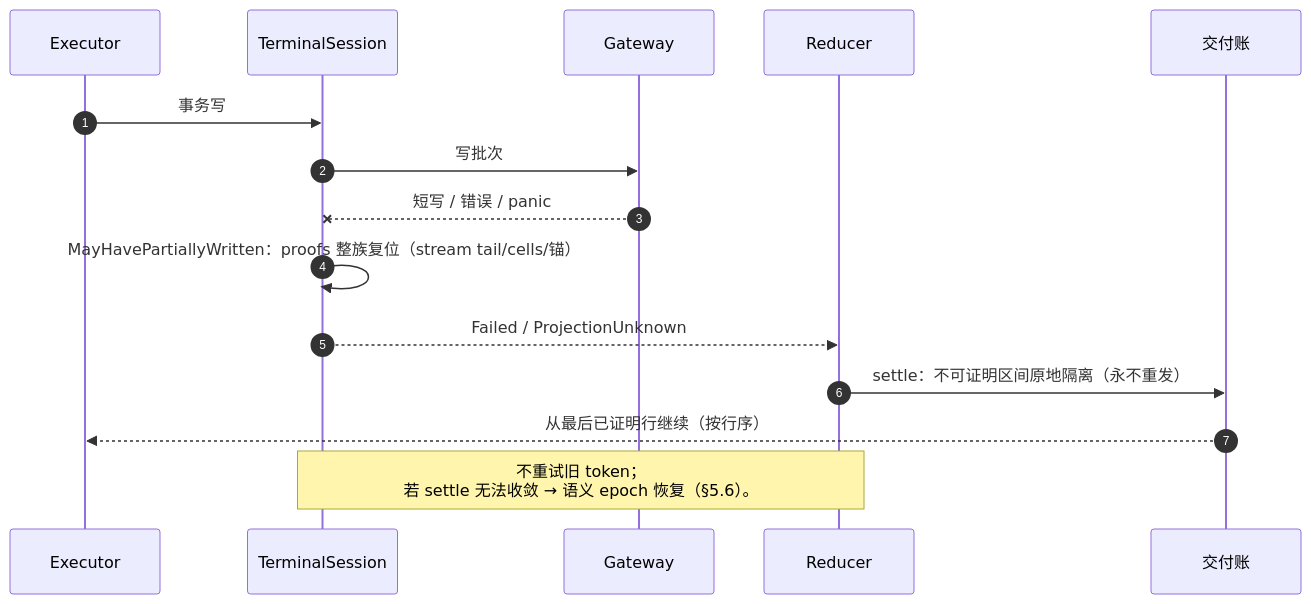
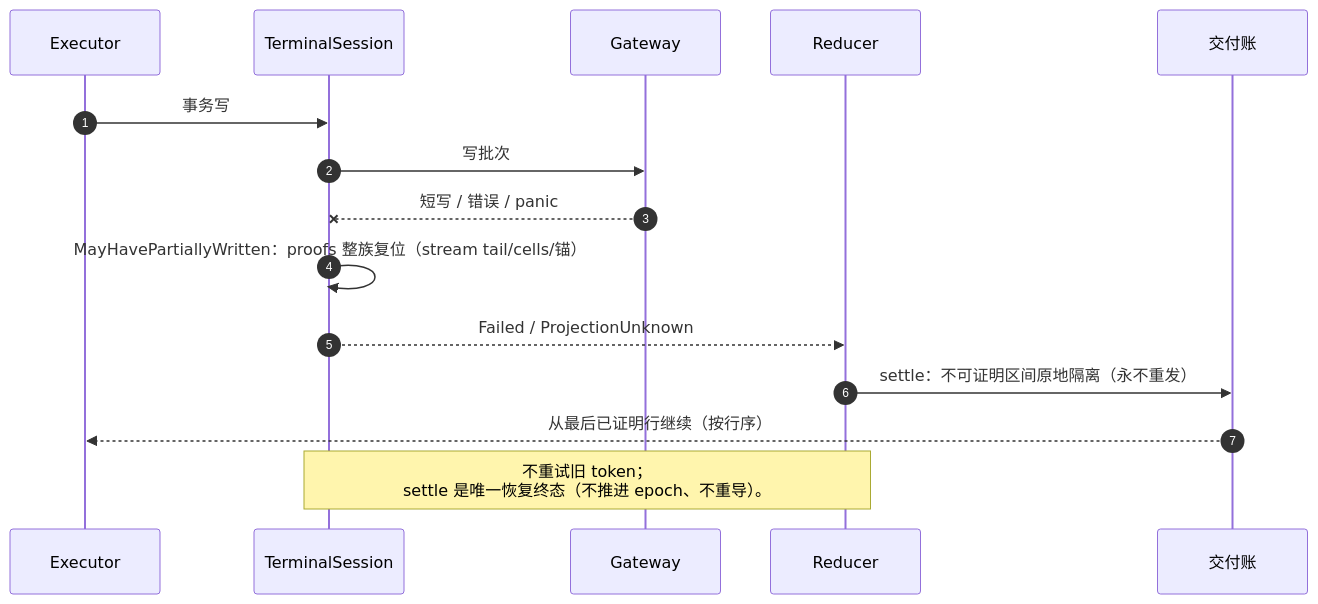
Diagram 14 of 14 in docs/architecture/aicli-tui-renderer-architecture-design.md (wwsheng009/ai-agent-runtime), drawn with Mermaid before and after one commit. The commit also changed other lines of this file and 3 other files, not shown here.

Commit message:
docs(plan,architecture): A1-2c settle 定稿 + 六门槛删除面评估（§3.4/§3.6 对齐）

````diff
--- a/docs/architecture/aicli-tui-renderer-architecture-design.md
+++ b/docs/architecture/aicli-tui-renderer-architecture-design.md
@@ -728,18 +738,18 @@
 ```mermaid
 sequenceDiagram
     autonumber
     participant EX as Executor
     participant TS as TerminalSession
     participant GW as Gateway
     participant RD as Reducer
     participant DC as 交付账
 
     EX->>TS: 事务写
     TS->>GW: 写批次
     GW--xTS: 短写 / 错误 / panic
     TS->>TS: MayHavePartiallyWritten：proofs 整族复位（stream tail/cells/锚）
     TS-->>RD: Failed / ProjectionUnknown
     RD->>DC: settle：不可证明区间原地隔离（永不重发）
     DC-->>EX: 从最后已证明行继续（按行序）
-    Note over RD,TS: 不重试旧 token；<br/>若 settle 无法收敛 → 语义 epoch 恢复（§5.6）。
+    Note over RD,TS: 不重试旧 token；<br/>settle 是唯一恢复终态（不推进 epoch、不重导）。
 ```
````
